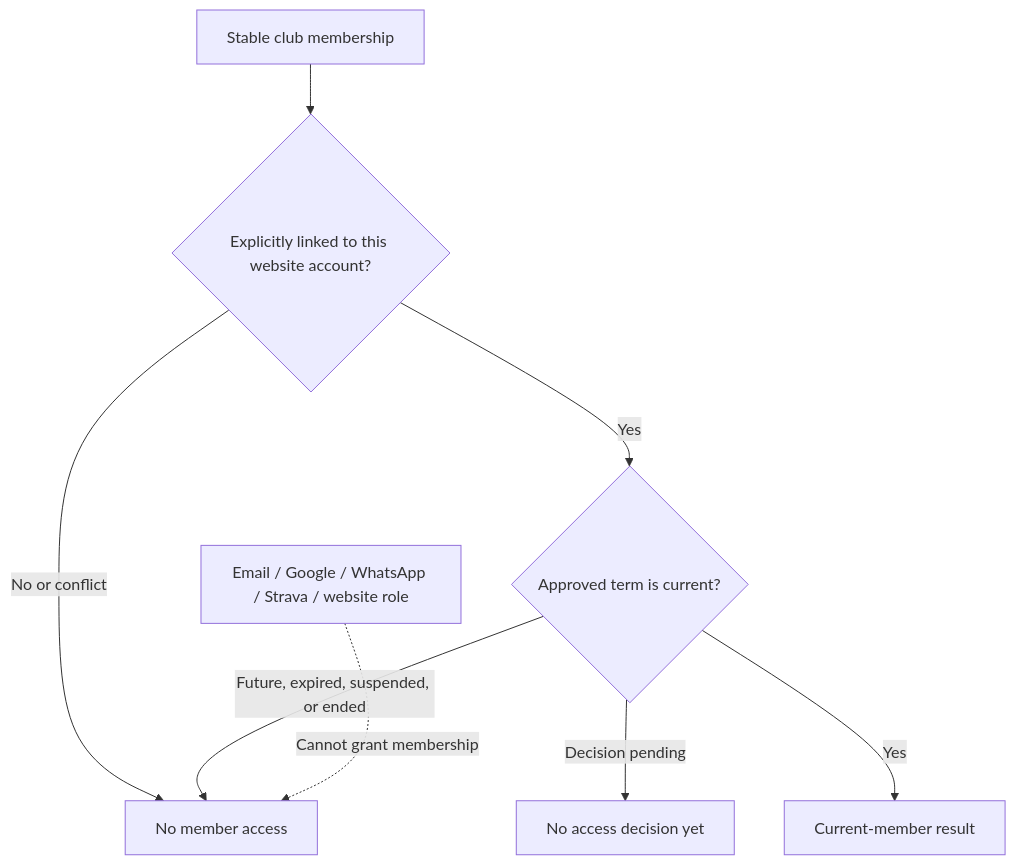
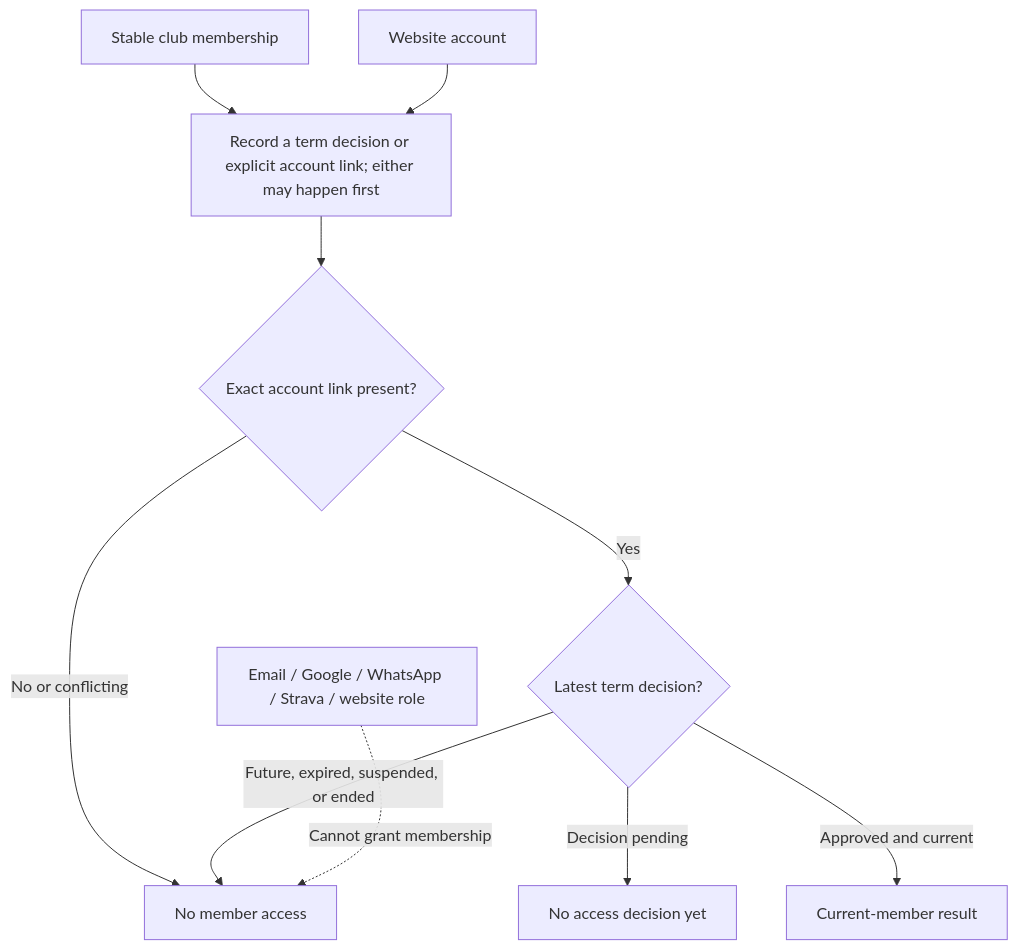
Before and after one commit to Run-MPRC/Run-MPRC.github.io: diagram 17 of 45 in docs/officers/EVENTS_SHOP_MEMBERS.md, drawn with Mermaid. The commit also changed other lines of this file and 9 other files, not shown here.

Commit message:
fix(membership): allow term evidence before account link

````diff
--- a/docs/officers/EVENTS_SHOP_MEMBERS.md
+++ b/docs/officers/EVENTS_SHOP_MEMBERS.md
@@ -897,10 +897,12 @@
 ```mermaid
 flowchart TD
-    Record["Stable club membership"] --> Link{"Explicitly linked to this website account?"}
-    Link -- "No or conflict" --> No["No member access"]
-    Link -- "Yes" --> Term{"Approved term is current?"}
+    Record["Stable club membership"] --> Change["Record a term decision or explicit account link; either may happen first"]
+    Account["Website account"] --> Change
+    Change --> Link{"Exact account link present?"}
+    Link -- "No or conflicting" --> No["No member access"]
+    Link -- "Yes" --> Term{"Latest term decision?"}
     Term -- "Decision pending" --> Wait["No access decision yet"]
     Term -- "Future, expired, suspended, or ended" --> No
-    Term -- "Yes" --> Current["Current-member result"]
+    Term -- "Approved and current" --> Current["Current-member result"]
     Outside["Email / Google / WhatsApp / Strava / website role"] -. "Cannot grant membership" .-> No
 ```
````
